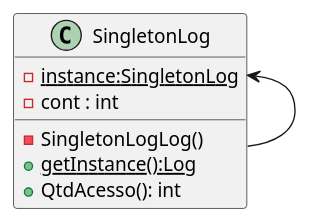
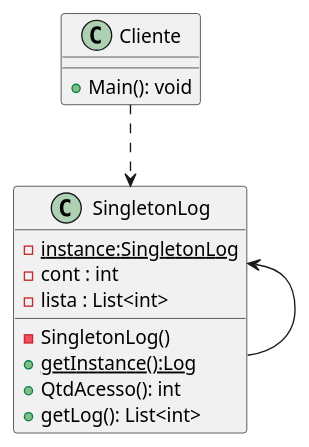
The diagram in ExercicioSingleton.puml (GuiMendespy/pp26_1-202321250017), drawn with PlantUML before and after one commit.

Commit message:
Correção da uml sigleton

```diff
--- a/ExercicioSingleton.puml
+++ b/ExercicioSingleton.puml
@@ -1,12 +1,18 @@
 @startuml
 
 class SingletonLog {
   {static} -instance:SingletonLog
   -cont : int
-  -SingletonLogLog()
+  -SingletonLog()
+  -lista : List<int>
   {static} +getInstance():Log
   +QtdAcesso(): int
+  +getLog(): List<int>
 }
+SingletonLog -up-> SingletonLog 
 
-SingletonLog -up-> SingletonLog 
-@enduml
+class Cliente {
+    +Main(): void
+}
+Cliente..> SingletonLog
+@endumln
```
